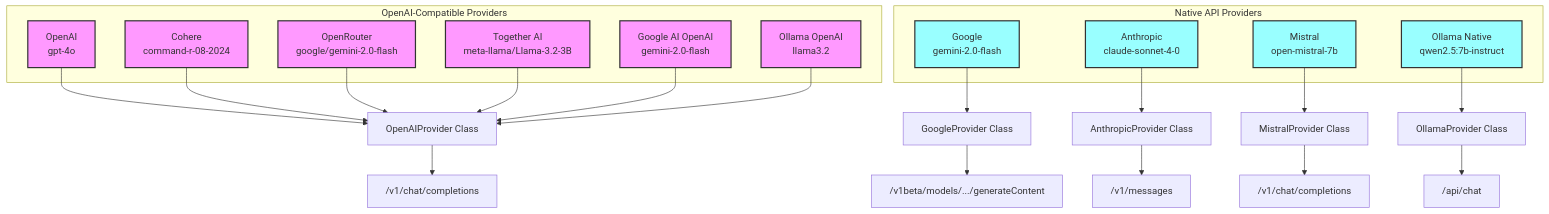
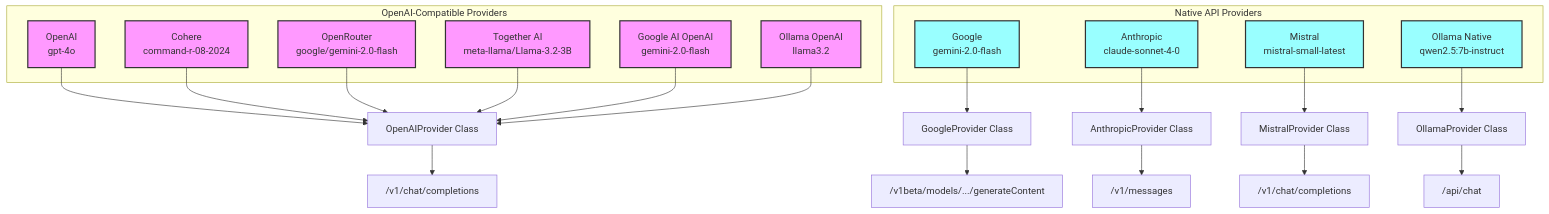
One commit to csells/dartantic_ai changed the diagram in wiki/OpenAI-Compat.md. Above: the diagram before and after it, drawn with Mermaid. The commit also changed other lines of this file and 7 other files, not shown here.

````diff
--- a/wiki/OpenAI-Compat.md
+++ b/wiki/OpenAI-Compat.md
@@ -5,48 +5,48 @@
 ```mermaid
 flowchart TB
     subgraph "OpenAI-Compatible Providers"
         OAI[OpenAI<br/>gpt-4o]
         COH[Cohere<br/>command-r-08-2024]
         OR[OpenRouter<br/>google/gemini-2.0-flash]
         TOG[Together AI<br/>meta-llama/Llama-3.2-3B]
         GOA[Google AI OpenAI<br/>gemini-2.0-flash]
         OLL[Ollama OpenAI<br/>llama3.2]
     end
 
     subgraph "Native API Providers"
         GOO[Google<br/>gemini-2.0-flash]
         ANT[Anthropic<br/>claude-sonnet-4-0]
-        MIS[Mistral<br/>open-mistral-7b]
+        MIS[Mistral<br/>mistral-small-latest]
         OLN[Ollama Native<br/>qwen2.5:7b-instruct]
     end
 
     OAI --> OAPIC[OpenAIProvider Class]
     COH --> OAPIC
     OR --> OAPIC
     TOG --> OAPIC
     GOA --> OAPIC
     OLL --> OAPIC
 
     GOO --> GOOP[GoogleProvider Class]
     ANT --> ANTP[AnthropicProvider Class]
     MIS --> MISP[MistralProvider Class]
     OLN --> OLNP[OllamaProvider Class]
 
     OAPIC --> API1["/v1/chat/completions"]
     GOOP --> API2["/v1beta/models/.../generateContent"]
     ANTP --> API3["/v1/messages"]
     MISP --> API4["/v1/chat/completions"]
     OLNP --> API5["/api/chat"]
 
     style OAI fill:#f9f,stroke:#333,stroke-width:2px
     style COH fill:#f9f,stroke:#333,stroke-width:2px
     style OR fill:#f9f,stroke:#333,stroke-width:2px
     style TOG fill:#f9f,stroke:#333,stroke-width:2px
     style GOA fill:#f9f,stroke:#333,stroke-width:2px
     style OLL fill:#f9f,stroke:#333,stroke-width:2px
 
     style GOO fill:#9ff,stroke:#333,stroke-width:2px
     style ANT fill:#9ff,stroke:#333,stroke-width:2px
     style MIS fill:#9ff,stroke:#333,stroke-width:2px
     style OLN fill:#9ff,stroke:#333,stroke-width:2px
 ```
````
